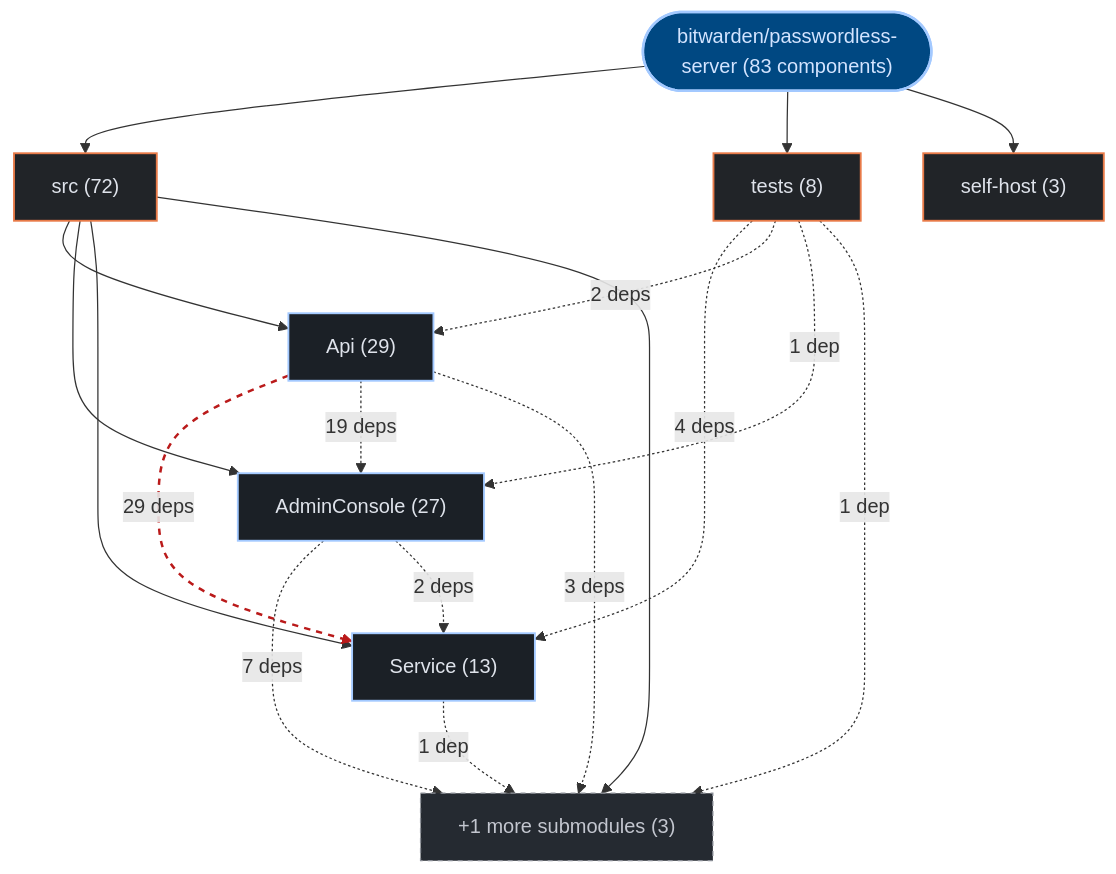
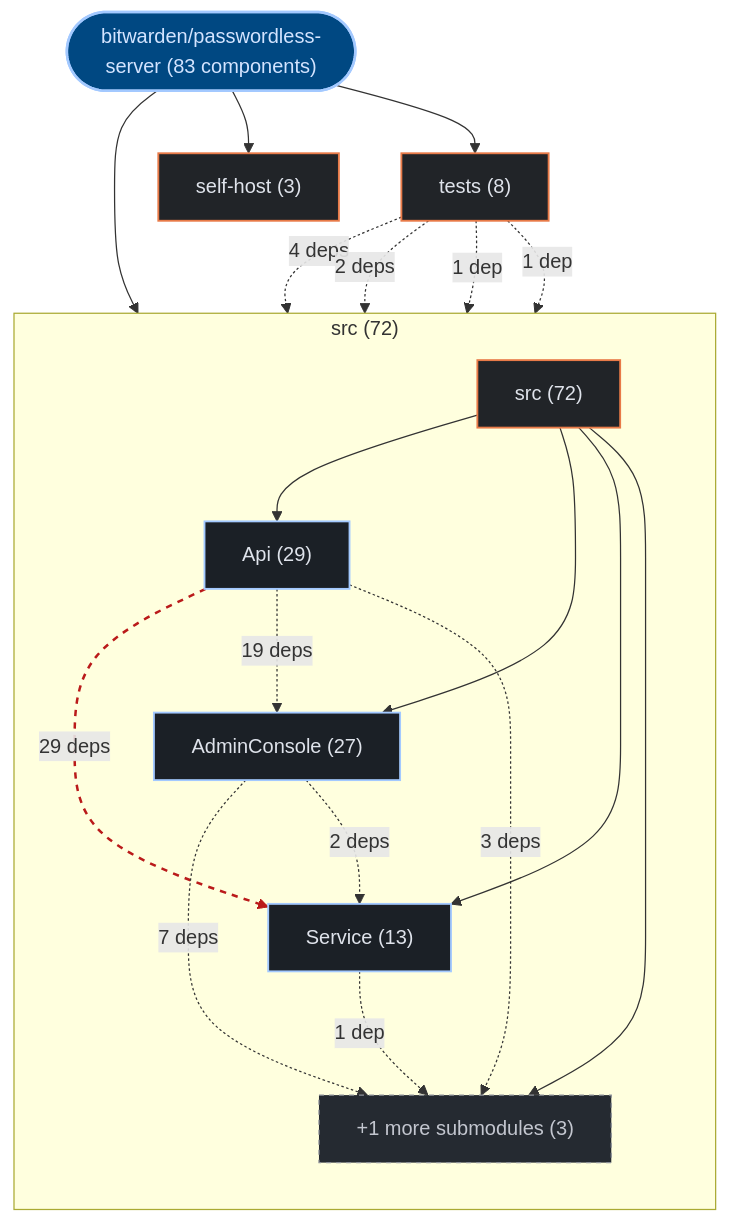
Before and after one commit to kumarshaz/atruss-code-atlas: the first of 3 diagrams in exports/latest/reports/bitwarden-passwordless-server-report.md, drawn with Mermaid. The commit also changed 178 other files, not shown here.

Commit message:
feat(ui,mermaid): upgrade to mermaid v12 + ELK layout, add orgs-summary + pagination, subgraph building blocks, fix tab alignment

````diff
--- a/exports/latest/reports/bitwarden-passwordless-server-report.md
+++ b/exports/latest/reports/bitwarden-passwordless-server-report.md
@@ -42,36 +42,39 @@
 ```mermaid
 graph TD;
   classDef atlasRoot fill:#004882,stroke:#a3c9ff,stroke-width:2px,color:#d3e4ff
   classDef atlasCategory fill:#212428,stroke:#E87A48,stroke-width:1.5px,color:#dfe3eb
   classDef atlasWorkflow fill:#1b2026,stroke:#a3c9ff,stroke-width:1.5px,color:#dfe3eb
   classDef atlasJob fill:#171c22,stroke:#8d9199,stroke-width:1px,color:#dfe3eb
   classDef atlasTarget fill:#005227,stroke:#8bd99b,stroke-width:1.5px,color:#a7f6b6
   classDef atlasAlert fill:#93000a,stroke:#ffb4ab,stroke-width:1.5px,color:#ffdad6
   classDef atlasMore fill:#252a31,stroke:#8d9199,stroke-dasharray:4 4,color:#c3c6cf
     repo_root(["bitwarden/passwordless-server (83 components)"]):::atlasRoot
-    dir_0_src["src (72)"]:::atlasCategory
+    subgraph sg_dir_0_src["src (72)"]
+      direction TB
+      dir_0_src["src (72)"]:::atlasCategory
+      sub_0_0_Api["Api (29)"]:::atlasWorkflow
+      dir_0_src --> sub_0_0_Api
+      sub_0_1_AdminConsole["AdminConsole (27)"]:::atlasWorkflow
+      dir_0_src --> sub_0_1_AdminConsole
+      sub_0_2_Service["Service (13)"]:::atlasWorkflow
+      dir_0_src --> sub_0_2_Service
+      sub_0_more["+1 more submodules (3)"]:::atlasMore
+      dir_0_src --> sub_0_more
+    end
     repo_root --> dir_0_src
-    sub_0_0_Api["Api (29)"]:::atlasWorkflow
-    dir_0_src --> sub_0_0_Api
-    sub_0_1_AdminConsole["AdminConsole (27)"]:::atlasWorkflow
-    dir_0_src --> sub_0_1_AdminConsole
-    sub_0_2_Service["Service (13)"]:::atlasWorkflow
-    dir_0_src --> sub_0_2_Service
-    sub_0_more["+1 more submodules (3)"]:::atlasMore
-    dir_0_src --> sub_0_more
     dir_1_tests["tests (8)"]:::atlasCategory
     repo_root --> dir_1_tests
     dir_2_self_host["self-host (3)"]:::atlasCategory
     repo_root --> dir_2_self_host
     sub_0_0_Api -.->|"29 deps"| sub_0_2_Service
     sub_0_0_Api -.->|"19 deps"| sub_0_1_AdminConsole
     sub_0_1_AdminConsole -.->|"7 deps"| sub_0_more
     dir_1_tests -.->|"4 deps"| sub_0_2_Service
     sub_0_0_Api -.->|"3 deps"| sub_0_more
     dir_1_tests -.->|"2 deps"| sub_0_0_Api
     sub_0_1_AdminConsole -.->|"2 deps"| sub_0_2_Service
     dir_1_tests -.->|"1 dep"| sub_0_1_AdminConsole
     dir_1_tests -.->|"1 dep"| sub_0_more
     sub_0_2_Service -.->|"1 dep"| sub_0_more
     linkStyle 7 stroke:#ba1a1a,stroke-width:2px,stroke-dasharray: 5 5
 ```
````
